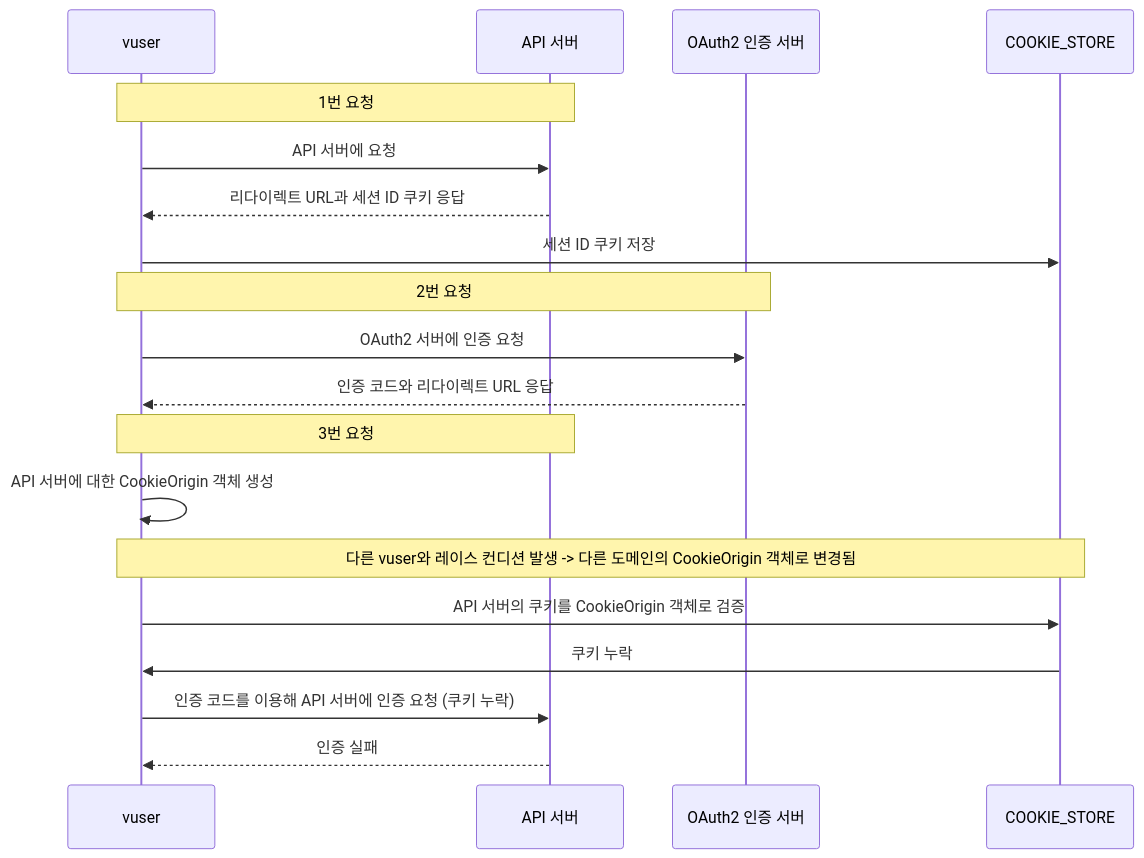
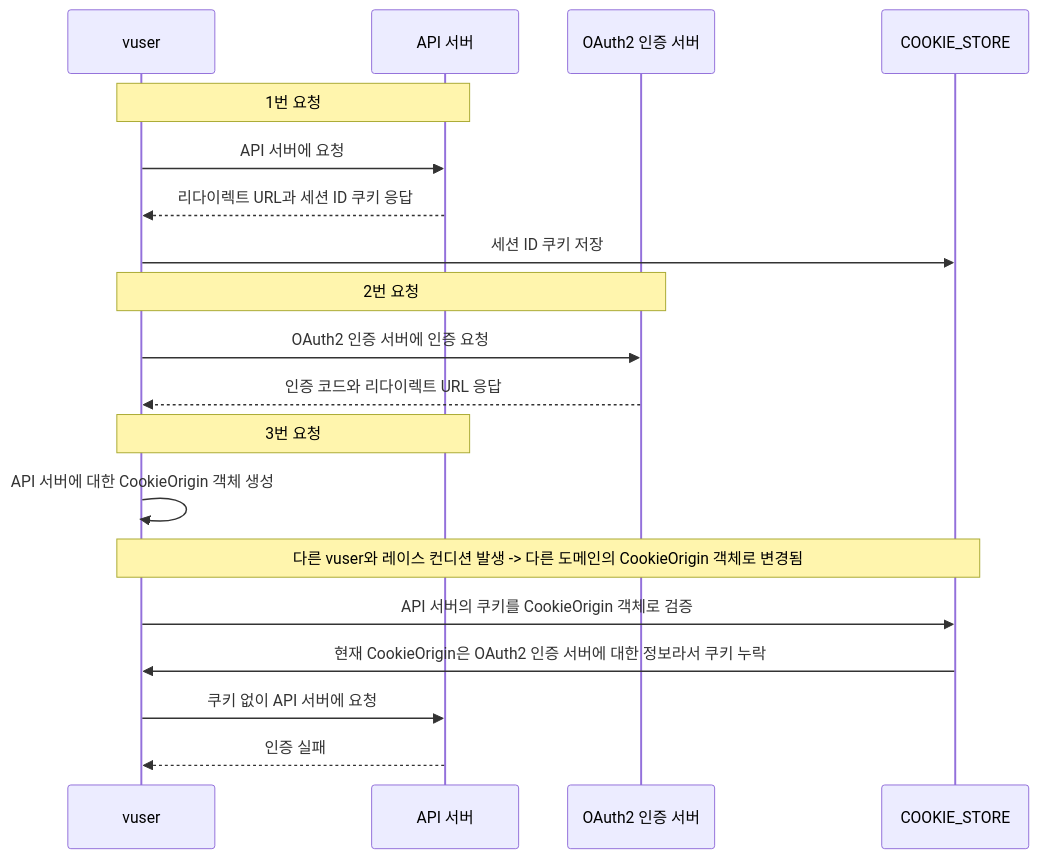
The second of 2 diagrams in portfolio/nGrinder 부하 테스트 중 발생한 OAuth2 인증 문제 분석 및 해결.md (Hansanghyun-github/TIL), drawn with Mermaid before and after one commit. The commit also changed other lines of this file, not shown here.

Commit message:
edit detailed explanation to nGrinder cookie race condition problem doc

````diff
--- a/portfolio/nGrinder 부하 테스트 중 발생한 OAuth2 인증 문제 분석 및 해결.md
+++ b/portfolio/nGrinder 부하 테스트 중 발생한 OAuth2 인증 문제 분석 및 해결.md
@@ -255,24 +247,24 @@
 ```mermaid
 sequenceDiagram
    participant VUser as vuser
    participant API as API 서버
    participant OAuth2 as OAuth2 인증 서버
    
    Note over VUser, API: 1번 요청
    VUser->>API: API 서버에 요청
    API-->>VUser: 리다이렉트 URL과 세션 ID 쿠키 응답
    VUser->>COOKIE_STORE: 세션 ID 쿠키 저장
    
    Note over VUser, OAuth2: 2번 요청
-   VUser->>OAuth2: OAuth2 서버에 인증 요청
+   VUser->>OAuth2: OAuth2 인증 서버에 인증 요청
    OAuth2-->>VUser: 인증 코드와 리다이렉트 URL 응답
    
    Note over VUser, API: 3번 요청
    VUser->>VUser: API 서버에 대한 CookieOrigin 객체 생성
    Note over VUser, COOKIE_STORE: 다른 vuser와 레이스 컨디션 발생 -> 다른 도메인의 CookieOrigin 객체로 변경됨
    VUser->>COOKIE_STORE: API 서버의 쿠키를 CookieOrigin 객체로 검증
-   COOKIE_STORE->>VUser: 쿠키 누락
+   COOKIE_STORE->>VUser: 현재 CookieOrigin은 OAuth2 인증 서버에 대한 정보라서 쿠키 누락
 
-   VUser->>API: 인증 코드를 이용해 API 서버에 인증 요청 (쿠키 누락)
+   VUser->>API: 쿠키 없이 API 서버에 요청
    API-->>VUser: 인증 실패
 ```
````
